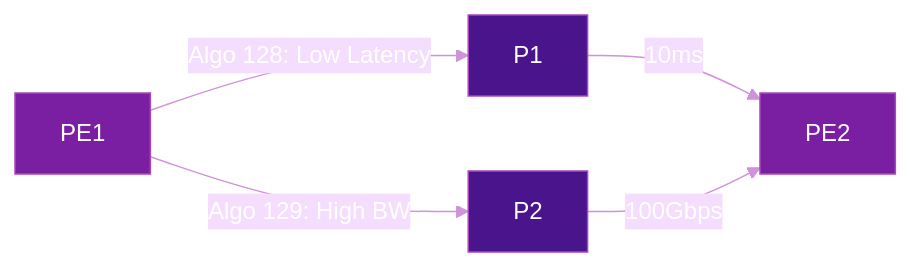
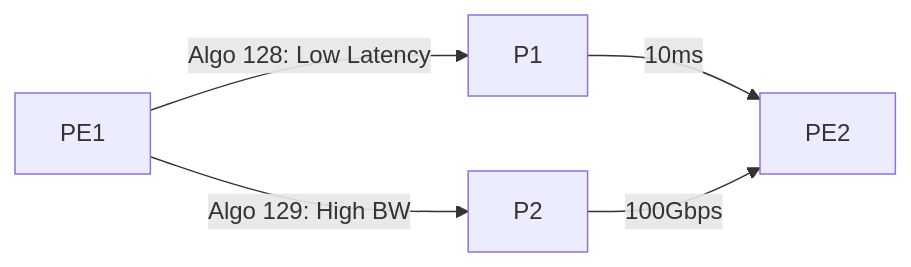
One commit to eldaninavas/srv6.md changed the diagram in docs/topics/qos.md. Above: the diagram before and after it, drawn with Mermaid. The commit also changed 29 other files, not shown here.

First line of the commit message:
fix(mermaid): apply theme-aware colors site-wide

````diff
--- a/docs/topics/qos.md
+++ b/docs/topics/qos.md
@@ -85,11 +85,5 @@
 ```mermaid
-%%{init: {"theme": "base", "themeVariables": {"primaryTextColor": "#fff", "lineColor": "#ce93d8", "textColor": "#fff"}}}%%
 graph LR
     PE1[PE1] -->|Algo 128: Low Latency| P1[P1] -->|10ms| PE2[PE2]
     PE1 -->|Algo 129: High BW| P2[P2] -->|100Gbps| PE2
-
-    style PE1 fill:#7b1fa2,color:#fff,stroke:#ab47bc
-    style PE2 fill:#7b1fa2,color:#fff,stroke:#ab47bc
-    style P1 fill:#4a148c,color:#fff,stroke:#ab47bc
-    style P2 fill:#4a148c,color:#fff,stroke:#ab47bc
 ```
````
